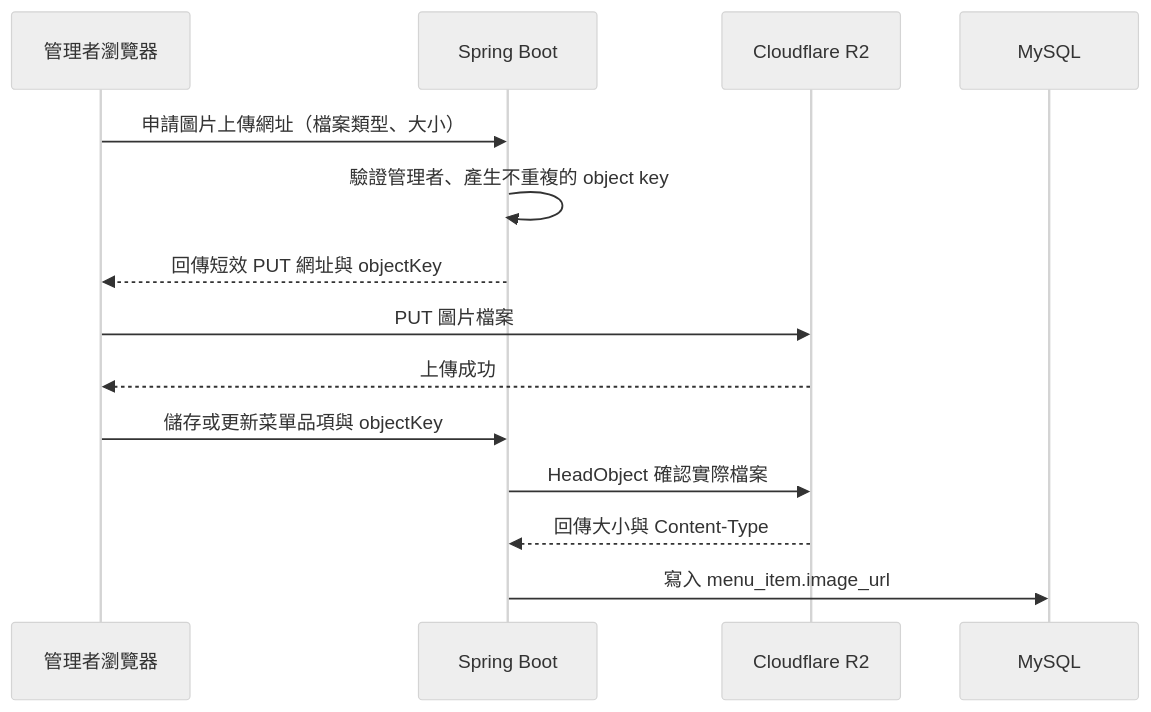
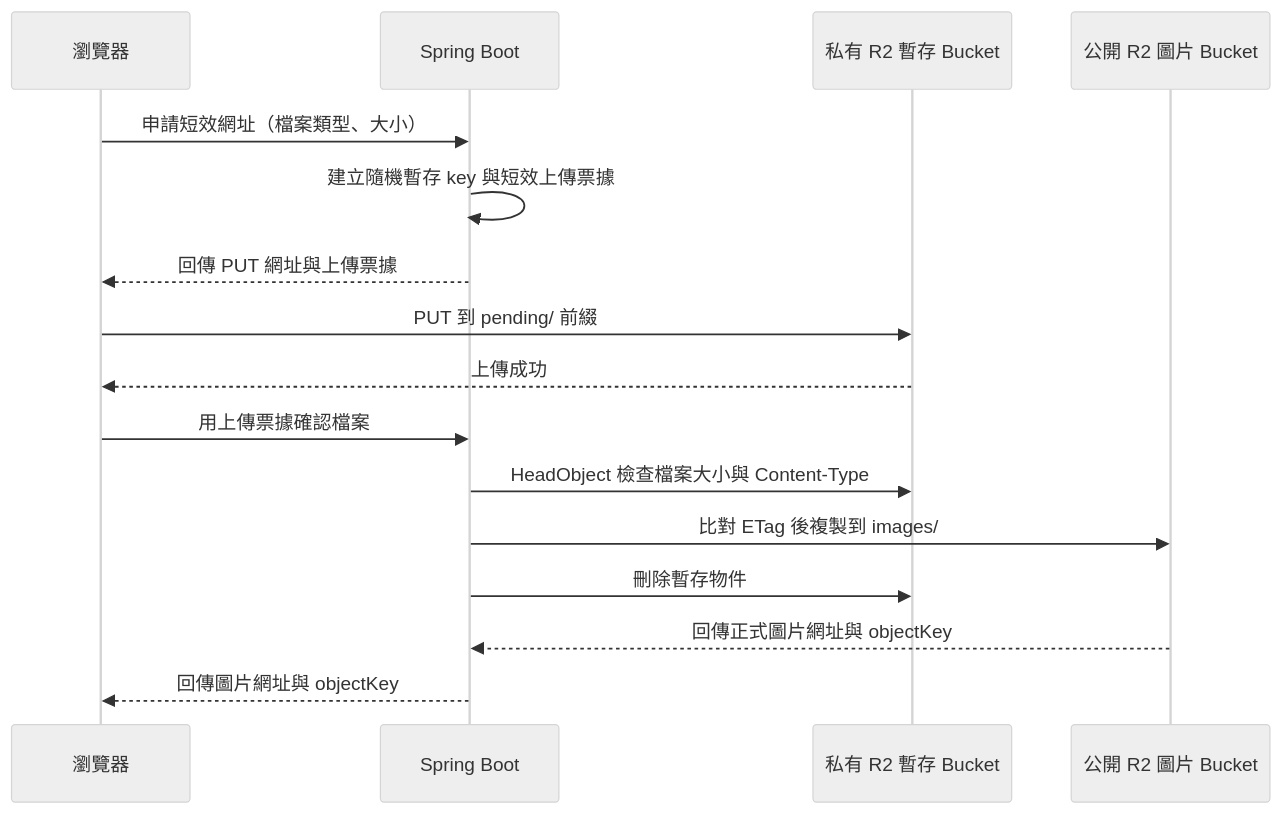
Before and after one commit to harry-wann/smart-order: the diagram in docs/guides/00-Cloudflare-R2圖片上傳.md, drawn with Mermaid (neutral theme). The commit also changed other lines of this file and 15 other files, not shown here.

````diff
--- a/docs/guides/00-Cloudflare-R2圖片上傳.md
+++ b/docs/guides/00-Cloudflare-R2圖片上傳.md
@@ -17,16 +17,18 @@
 ```mermaid
 sequenceDiagram
-    participant Admin as 管理者瀏覽器
+    participant Browser as 瀏覽器
     participant API as Spring Boot
-    participant R2 as Cloudflare R2
-    participant DB as MySQL
-    Admin->>API: 申請圖片上傳網址（檔案類型、大小）
-    API->>API: 驗證管理者、產生不重複的 object key
-    API-->>Admin: 回傳短效 PUT 網址與 objectKey
-    Admin->>R2: PUT 圖片檔案
-    R2-->>Admin: 上傳成功
-    Admin->>API: 儲存或更新菜單品項與 objectKey
-    API->>R2: HeadObject 確認實際檔案
-    R2-->>API: 回傳大小與 Content-Type
-    API->>DB: 寫入 menu_item.image_url
+    participant Staging as 私有 R2 暫存 Bucket
+    participant Public as 公開 R2 圖片 Bucket
+    Browser->>API: 申請短效網址（檔案類型、大小）
+    API->>API: 建立隨機暫存 key 與短效上傳票據
+    API-->>Browser: 回傳 PUT 網址與上傳票據
+    Browser->>Staging: PUT 到 pending/ 前綴
+    Staging-->>Browser: 上傳成功
+    Browser->>API: 用上傳票據確認檔案
+    API->>Staging: HeadObject 檢查檔案大小與 Content-Type
+    API->>Public: 比對 ETag 後複製到 images/
+    API->>Staging: 刪除暫存物件
+    Public-->>API: 回傳正式圖片網址與 objectKey
+    API-->>Browser: 回傳圖片網址與 objectKey
 ```
````
